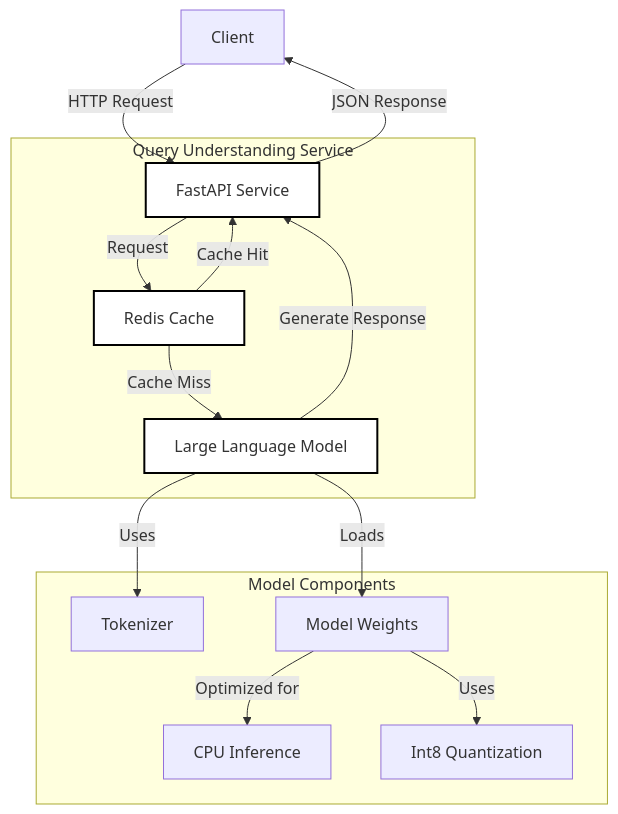
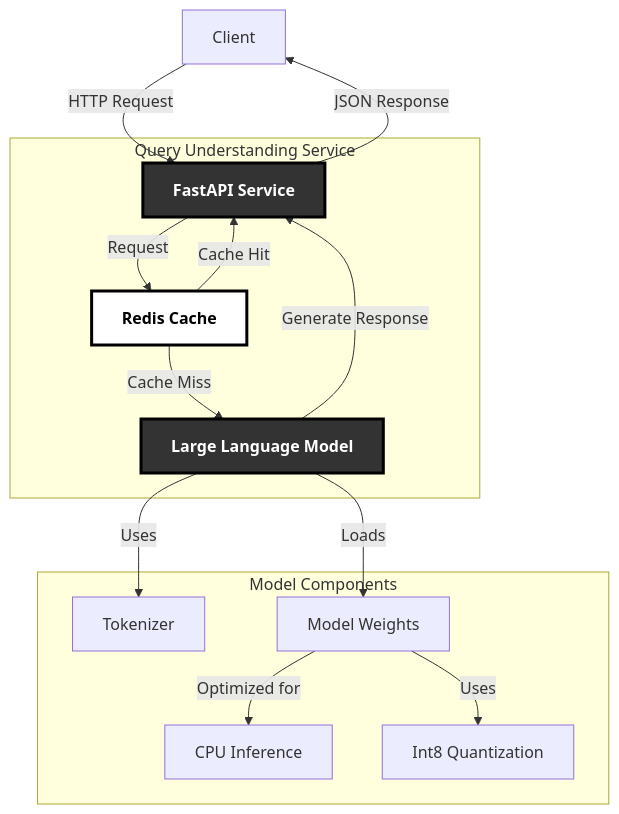
Before and after one commit to SoundMindsAI/ai_examples: the first of 5 diagrams in An_LLM_Query_Understanding_Service/README.md, drawn with Mermaid. The commit also changed other lines of this file, not shown here.

Commit message:
Update Mermaid diagram styles with alternating dark/light theme

````diff
--- a/An_LLM_Query_Understanding_Service/README.md
+++ b/An_LLM_Query_Understanding_Service/README.md
@@ -98,26 +98,26 @@
 ```mermaid
 graph TD
     Client[Client] -->|HTTP Request| API[FastAPI Service]
     API -->|Request| Cache[Redis Cache]
     Cache -->|Cache Hit| API
     Cache -->|Cache Miss| LLM[Large Language Model]
     LLM -->|Generate Response| API
     API -->|JSON Response| Client
     
     subgraph "Query Understanding Service"
         API
         Cache
         LLM
     end
     
     subgraph "Model Components"
         LLM -->|Uses| Tokenizer[Tokenizer]
         LLM -->|Loads| ModelWeights[Model Weights]
         ModelWeights -->|Optimized for| CPU[CPU Inference]
         ModelWeights -->|Uses| Quantization[Int8 Quantization]
     end
 
-    style LLM fill:white,stroke:black,stroke-width:2px
-    style Cache fill:white,stroke:black,stroke-width:2px
-    style API fill:white,stroke:black,stroke-width:2px
+    style LLM fill:#333,stroke:#000,stroke-width:3px,color:#fff,font-weight:bold
+    style Cache fill:white,stroke:#000,stroke-width:3px,color:#000,font-weight:bold
+    style API fill:#333,stroke:#000,stroke-width:3px,color:#fff,font-weight:bold
 ```
````
